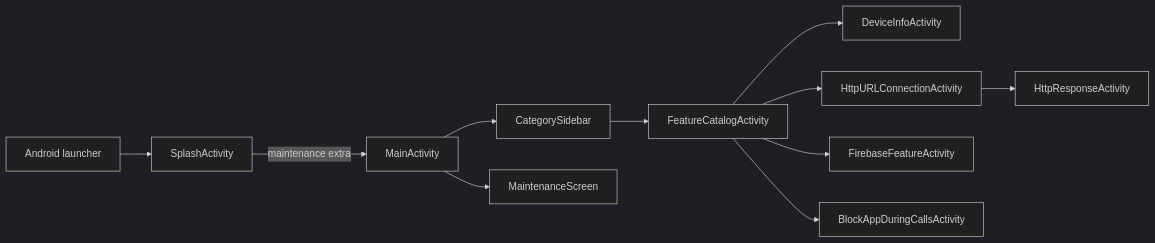
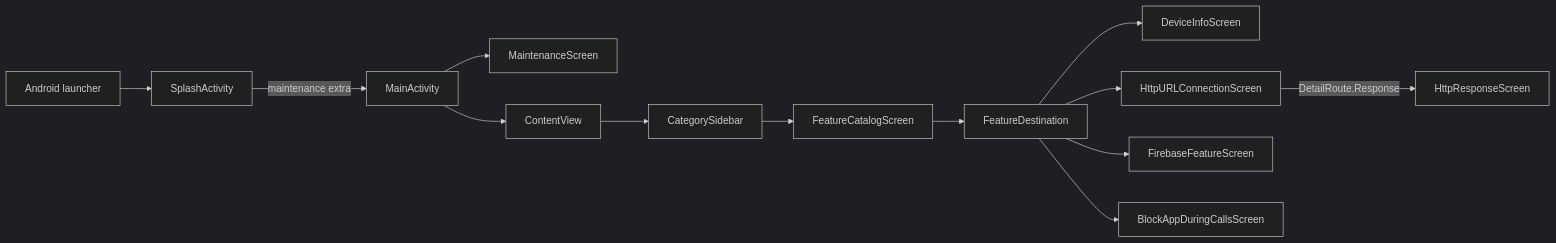
One commit to gjp-ai/gjp-lab-android-kotlin changed the first of 2 diagrams in doc/architecture/application.md. Above: the diagram before and after it, drawn with Mermaid (dark theme). The commit also changed other lines of this file and 46 other files, not shown here.

````diff
--- a/doc/architecture/application.md
+++ b/doc/architecture/application.md
@@ -11,13 +11,15 @@
 ```mermaid
 flowchart LR
     Launcher[Android launcher] --> SplashActivity
     SplashActivity -->|maintenance extra| MainActivity
-    MainActivity --> CategorySidebar
     MainActivity --> MaintenanceScreen
-    CategorySidebar --> FeatureCatalogActivity
-    FeatureCatalogActivity --> DeviceInfoActivity
-    FeatureCatalogActivity --> HttpURLConnectionActivity
-    FeatureCatalogActivity --> FirebaseFeatureActivity
-    FeatureCatalogActivity --> BlockAppDuringCallsActivity
-    HttpURLConnectionActivity --> HttpResponseActivity
+    MainActivity --> ContentView
+    ContentView --> Sidebar[CategorySidebar]
+    Sidebar --> Catalog[FeatureCatalogScreen]
+    Catalog --> Destination[FeatureDestination]
+    Destination --> Device[DeviceInfoScreen]
+    Destination --> HTTP[HttpURLConnectionScreen]
+    Destination --> Firebase[FirebaseFeatureScreen]
+    Destination --> Calls[BlockAppDuringCallsScreen]
+    HTTP -->|DetailRoute.Response| Response[HttpResponseScreen]
 ```
````
